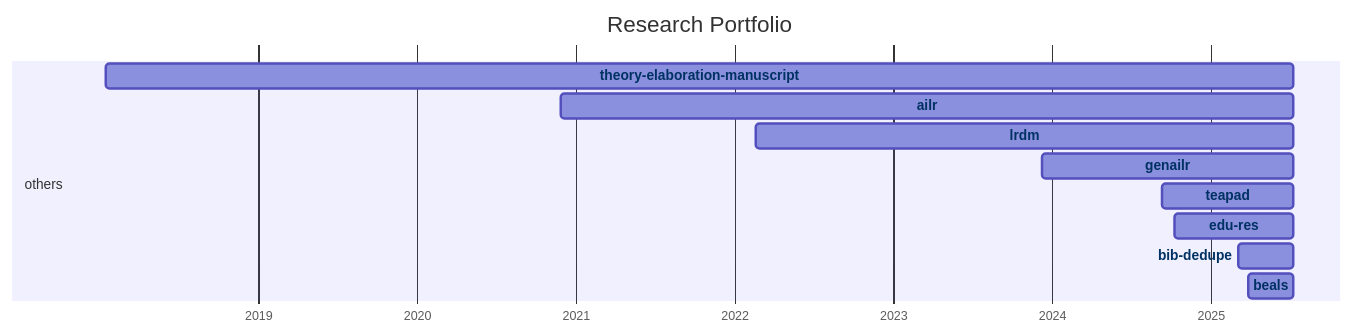
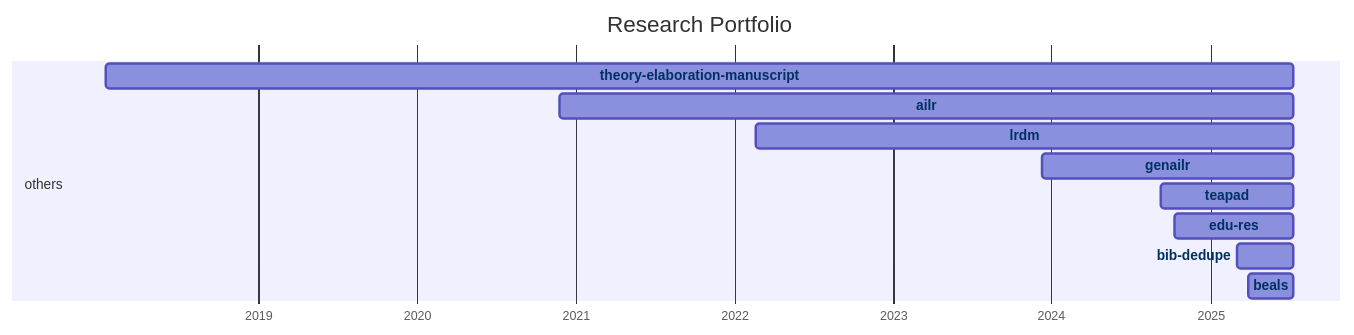
The diagram in docs/20-research/25-projects-gantt.md (digital-work-lab/handbook), drawn with Mermaid before and after one commit. The commit also changed 1 other file, not shown here.

Commit message:
Update repository overview

````diff
--- a/docs/20-research/25-projects-gantt.md
+++ b/docs/20-research/25-projects-gantt.md
@@ -8,35 +8,35 @@
 ```mermaid
 ---
 displayMode: compact
 ---
 gantt
 title Research Portfolio
 dateFormat YYYY-MM-DD
 axisFormat %Y
 
     section work_practices
 
     section distributed_organizing
 
     section knowledge_synthesis
 
     section others
-        beals :beals, 2025-03-28, 2025-07-10
-        bib-dedupe :bib-dedupe, 2025-03-04, 2025-07-10
-        edu-res :edu-res, 2024-10-10, 2025-07-10
-        teapad :teapad, 2024-09-10, 2025-07-10
-        genailr :genailr, 2023-12-10, 2025-07-10
-        lrdm :lrdm, 2022-02-20, 2025-07-10
-        ailr :ailr, 2020-11-26, 2025-07-10
-        theory-elaboration-manuscript :theory-elaboration-manuscript, 2018-01-15, 2025-07-10
+        beals :beals, 2025-03-28, 2025-07-11
+        bib-dedupe :bib-dedupe, 2025-03-04, 2025-07-11
+        edu-res :edu-res, 2024-10-10, 2025-07-11
+        teapad :teapad, 2024-09-10, 2025-07-11
+        genailr :genailr, 2023-12-10, 2025-07-11
+        lrdm :lrdm, 2022-02-20, 2025-07-11
+        ailr :ailr, 2020-11-26, 2025-07-11
+        theory-elaboration-manuscript :theory-elaboration-manuscript, 2018-01-15, 2025-07-11
 
 
     click beals href "{{ site.baseurl }}/docs/10-lab/18-resources/beals.html"
     click bib-dedupe href "{{ site.baseurl }}/docs/10-lab/18-resources/bib-dedupe.html"
     click edu-res href "{{ site.baseurl }}/docs/10-lab/18-resources/edu-res.html"
     click teapad href "{{ site.baseurl }}/docs/10-lab/18-resources/teapad.html"
     click genailr href "{{ site.baseurl }}/docs/10-lab/18-resources/genailr.html"
     click lrdm href "{{ site.baseurl }}/docs/10-lab/18-resources/lrdm.html"
     click ailr href "{{ site.baseurl }}/docs/10-lab/18-resources/ailr.html"
     click theory-elaboration-manuscript href "{{ site.baseurl }}/docs/10-lab/18-resources/theory-elaboration-manuscript.html"
 ```
````
